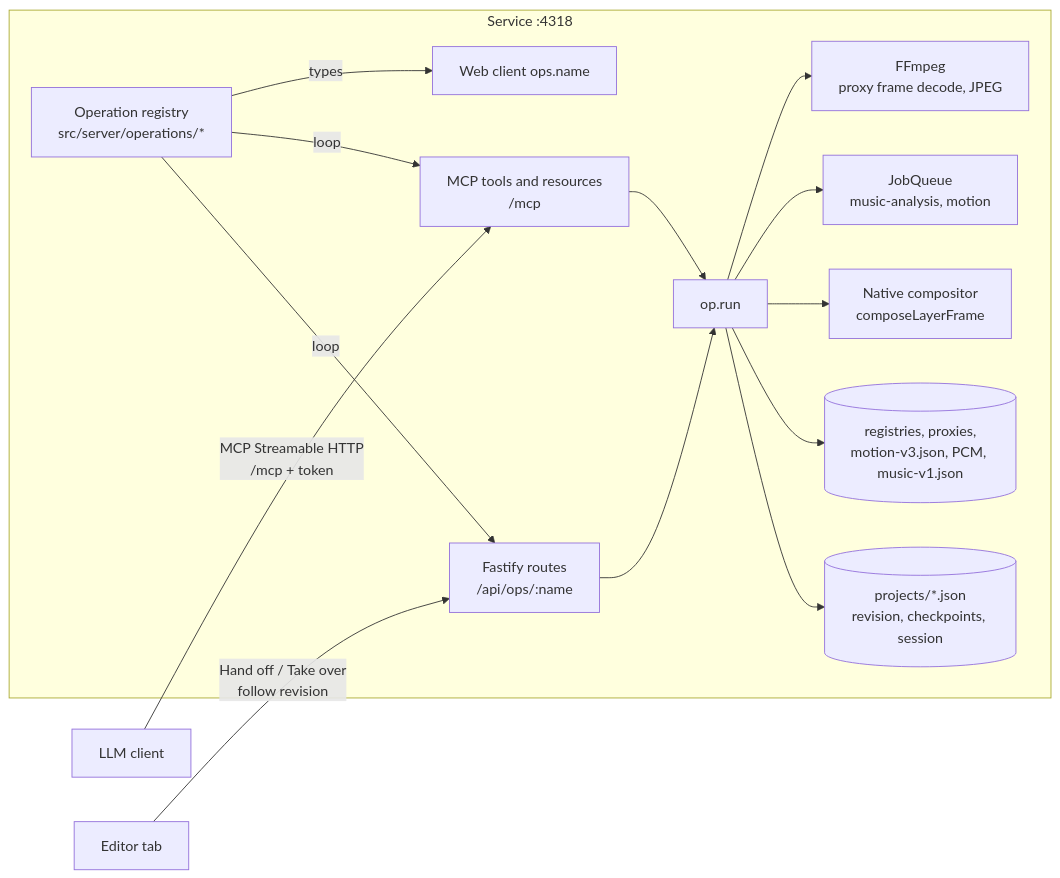
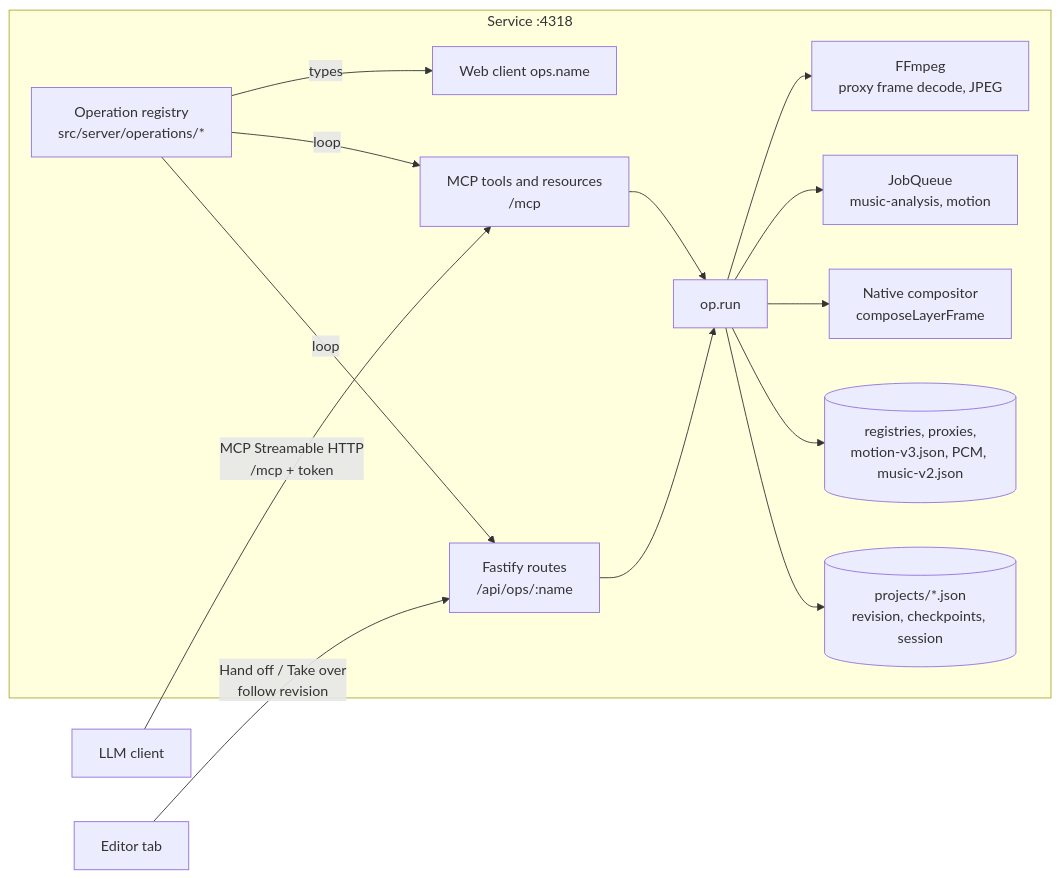
The diagram in docs/design/ASSISTANT_MCP.md (Plonk42/PasCap), drawn with Mermaid before and after one commit. The commit also changed other lines of this file and 6 other files, not shown here.

````diff
--- a/docs/design/ASSISTANT_MCP.md
+++ b/docs/design/ASSISTANT_MCP.md
@@ -79,18 +79,18 @@
 ```mermaid
 flowchart LR
   L[LLM client] -- MCP Streamable HTTP\n/mcp + token --> X
   subgraph Service :4318
     O[Operation registry\nsrc/server/operations/*]
     O -- loop --> H[Fastify routes\n/api/ops/:name]
     O -- loop --> X[MCP tools and resources\n/mcp]
     O -- types --> W[Web client ops.name]
     H --> K
     X --> K[op.run]
     K --> P[(projects/*.json\nrevision, checkpoints, session)]
-    K --> R[(registries, proxies,\nmotion-v3.json, PCM, music-v1.json)]
+    K --> R[(registries, proxies,\nmotion-v3.json, PCM, music-v2.json)]
     K --> C[Native compositor\ncomposeLayerFrame]
     K --> J[JobQueue\nmusic-analysis, motion]
     K --> F[FFmpeg\nproxy frame decode, JPEG]
   end
   E[Editor tab] -- Hand off / Take over\nfollow revision --> H
 ```
````
